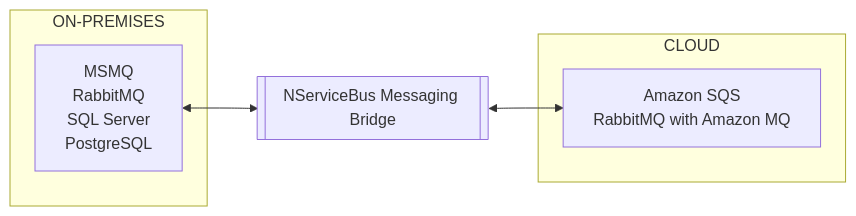
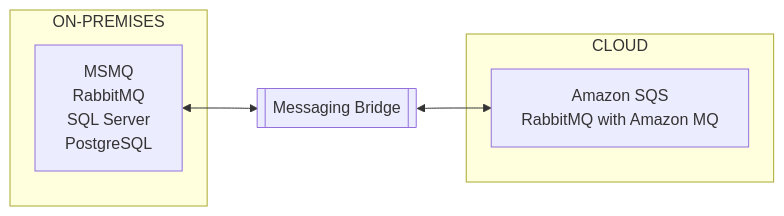
One commit to Particular/docs.particular.net changed the diagram in modernization/migrate-to-the-cloud/on-premises-to-aws.md. Above: the diagram before and after it, drawn with Mermaid. The commit also changed other lines of this file and 1 other file, not shown here.

````diff
--- a/modernization/migrate-to-the-cloud/on-premises-to-aws.md
+++ b/modernization/migrate-to-the-cloud/on-premises-to-aws.md
@@ -23,19 +23,19 @@
 ```mermaid
 flowchart LR
 
 on-prem["MSMQ
   RabbitMQ
   SQL Server
   PostgreSQL"]
 cloud["Amazon SQS
   RabbitMQ with Amazon MQ"]
-bridge[[NServiceBus Messaging Bridge]]
+bridge[[Messaging Bridge]]
 on-prem <--> bridge <--> cloud
 
 subgraph ON-PREMISES
   on-prem
 end
 subgraph CLOUD
   cloud
 end
 ```
````
